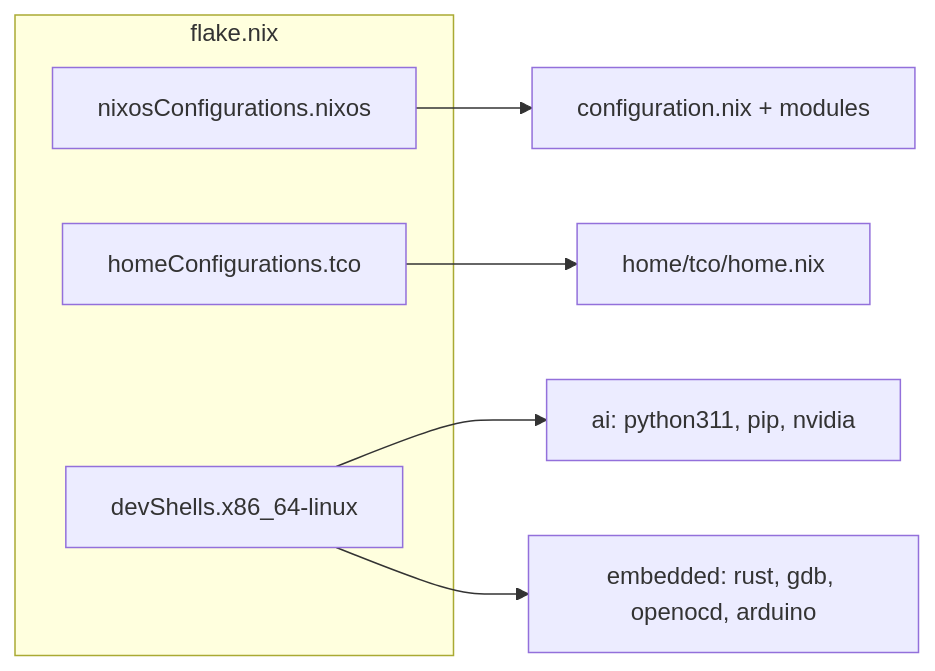
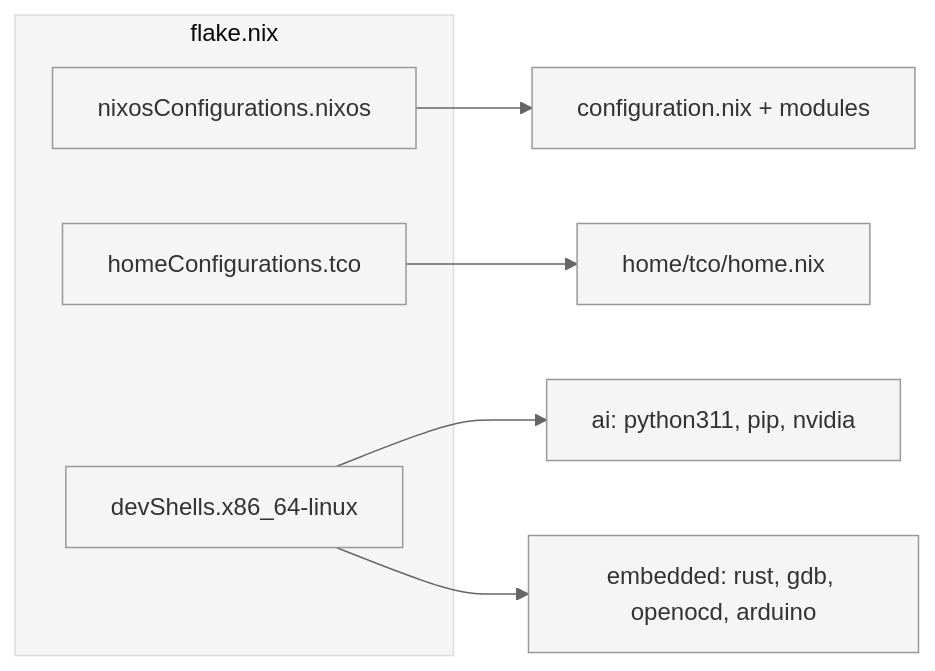
The fifth of 5 diagrams in docs/README.md (RomeoCavazza/nixos-config), drawn with Mermaid before and after one commit. The commit also changed other lines of this file and 1 other file, not shown here.

First line of the commit message:
docs: Documentation links instead of tree, Mermaid uniform theme (sober box color)

````diff
--- a/docs/README.md
+++ b/docs/README.md
@@ -158,18 +162,19 @@
 ```mermaid
+%%{init: {'theme': 'base', 'themeVariables': { 'primaryColor': '#f5f5f5', 'secondaryColor': '#f5f5f5', 'tertiaryColor': '#f5f5f5', 'primaryBorderColor': '#999', 'lineColor': '#666' }}}%%
 flowchart LR
   subgraph flake["flake.nix"]
     nixos[nixosConfigurations.nixos]
     home[homeConfigurations.tco]
     shells[devShells.x86_64-linux]
   end
 
   sys[configuration.nix + modules]
   hm[home/tco/home.nix]
   ai[ai: python311, pip, nvidia]
   emb[embedded: rust, gdb, openocd, arduino]
 
   nixos --> sys
   home --> hm
   shells --> ai
   shells --> emb
 ```
````
